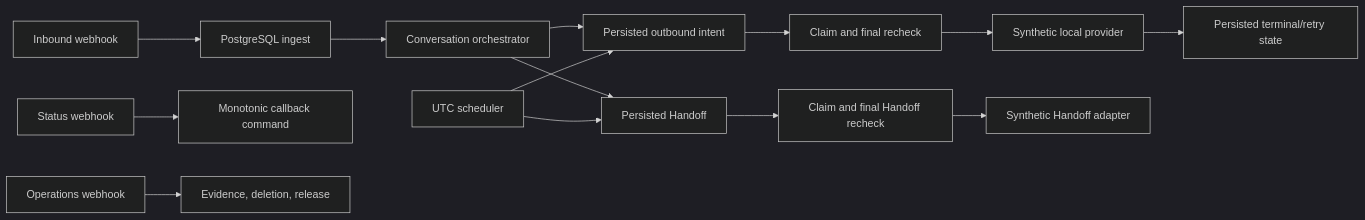
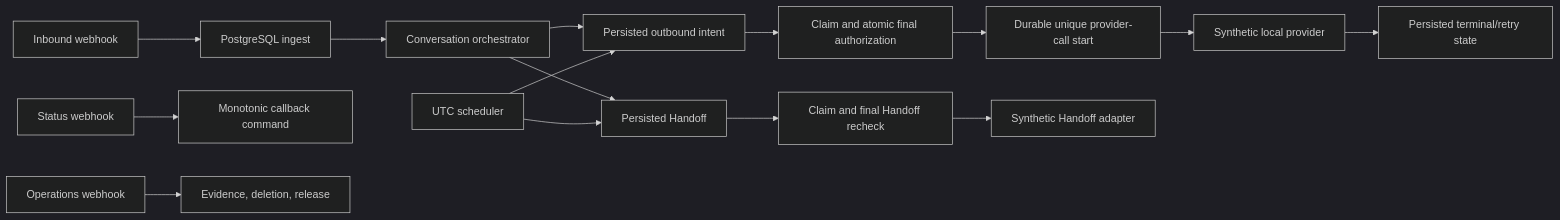
The diagram in docs/architecture.md (AhmedTElKodsh/N8N-SalesFlow-AI), drawn with Mermaid (dark theme) before and after one commit. The commit also changed other lines of this file and 14 other files, not shown here.

````diff
--- a/docs/architecture.md
+++ b/docs/architecture.md
@@ -10,16 +10,17 @@
 ```mermaid
 flowchart LR
   IN["Inbound webhook"] --> ING["PostgreSQL ingest"]
   ING --> ORCH["Conversation orchestrator"]
   ORCH --> OUT["Persisted outbound intent"]
   ORCH --> HAND["Persisted Handoff"]
-  OUT --> GATE["Claim and final recheck"]
-  GATE --> SYN["Synthetic local provider"]
+  OUT --> GATE["Claim and atomic final authorization"]
+  GATE --> START["Durable unique provider-call start"]
+  START --> SYN["Synthetic local provider"]
   SYN --> FIN["Persisted terminal/retry state"]
   HAND --> HGATE["Claim and final Handoff recheck"]
   HGATE --> HSYN["Synthetic Handoff adapter"]
   SCHED["UTC scheduler"] --> OUT
   SCHED --> HAND
   STATUS["Status webhook"] --> CALLBACK["Monotonic callback command"]
   OPS["Operations webhook"] --> COMMANDS["Evidence, deletion, release"]
 ```
````
